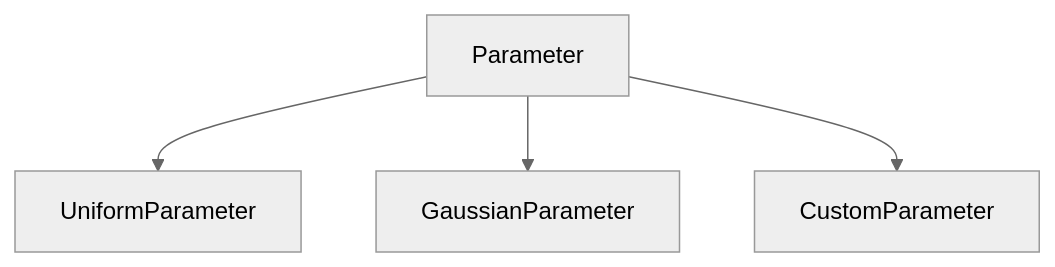
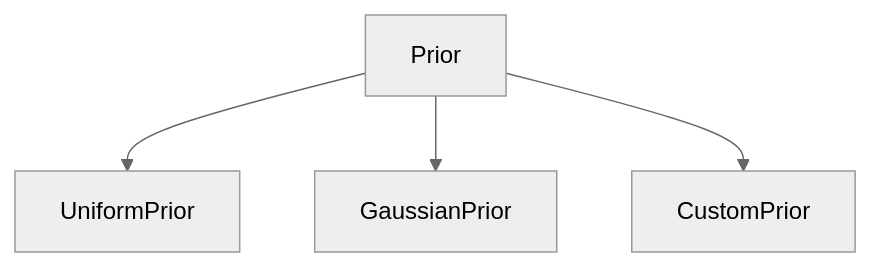
One commit to fmagrini/bayes-bay changed the diagram in docs/source/api/api_standard_parameters.rst. Above: the diagram before and after it, drawn with Mermaid (neutral theme). The commit also changed other lines of this file and 38 other files, not shown here.

```diff
--- a/docs/source/api/api_standard_parameters.rst
+++ b/docs/source/api/api_standard_parameters.rst
@@ -7,6 +13,6 @@
 .. mermaid::
 
    graph TD;
-       Parameter-->UniformParameter;
-       Parameter-->GaussianParameter;
-       Parameter-->CustomParameter;
+       Prior-->UniformPrior;
+       Prior-->GaussianPrior;
+       Prior-->CustomPrior;
```
